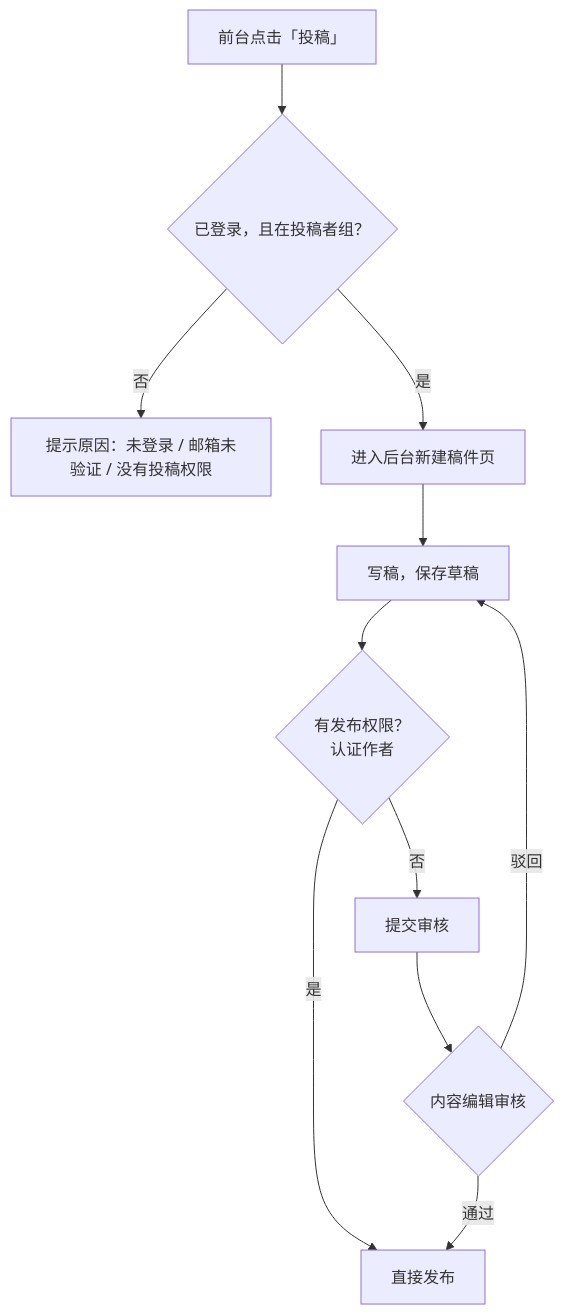
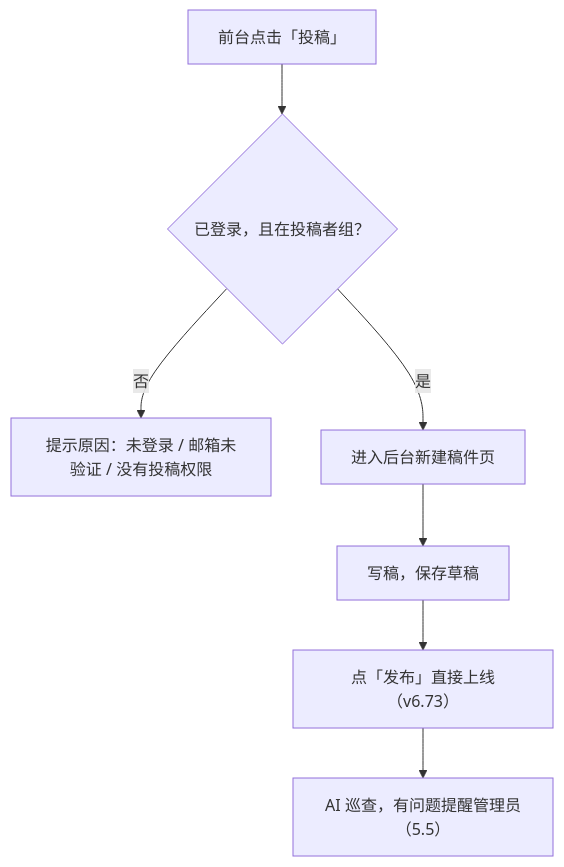
The second of 6 diagrams in docs/design.md (Uniseem/sjtu-ow), drawn with Mermaid before and after one commit. The commit also changed other lines of this file and 46 other files, not shown here.

````diff
--- a/docs/design.md
+++ b/docs/design.md
@@ -595,13 +594,9 @@
 ```mermaid
 flowchart TD
     A["前台点击「投稿」"] --> B{"已登录，且在投稿者组？"}
     B -- 否 --> B1["提示原因：未登录 / 邮箱未验证 / 没有投稿权限"]
     B -- 是 --> C["进入后台新建稿件页"]
     C --> D["写稿，保存草稿"]
-    D --> E{"有发布权限？<br/>认证作者"}
-    E -- 是 --> F["直接发布"]
-    E -- 否 --> G["提交审核"]
-    G --> H{"内容编辑审核"}
-    H -- 通过 --> F
-    H -- 驳回 --> D
+    D --> F["点「发布」直接上线（v6.73）"]
+    F --> G["AI 巡查，有问题提醒管理员（5.5）"]
 ```
````
